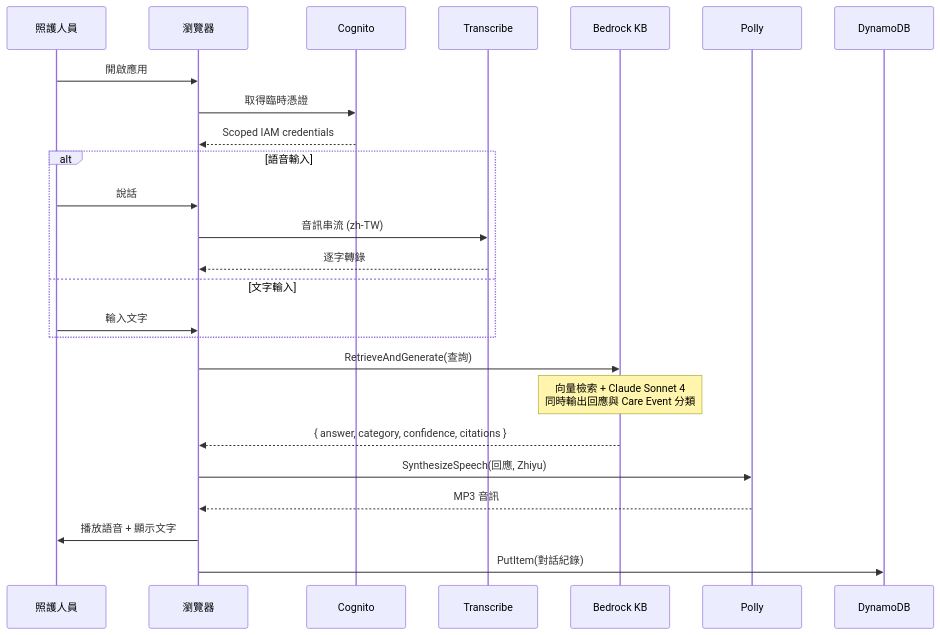
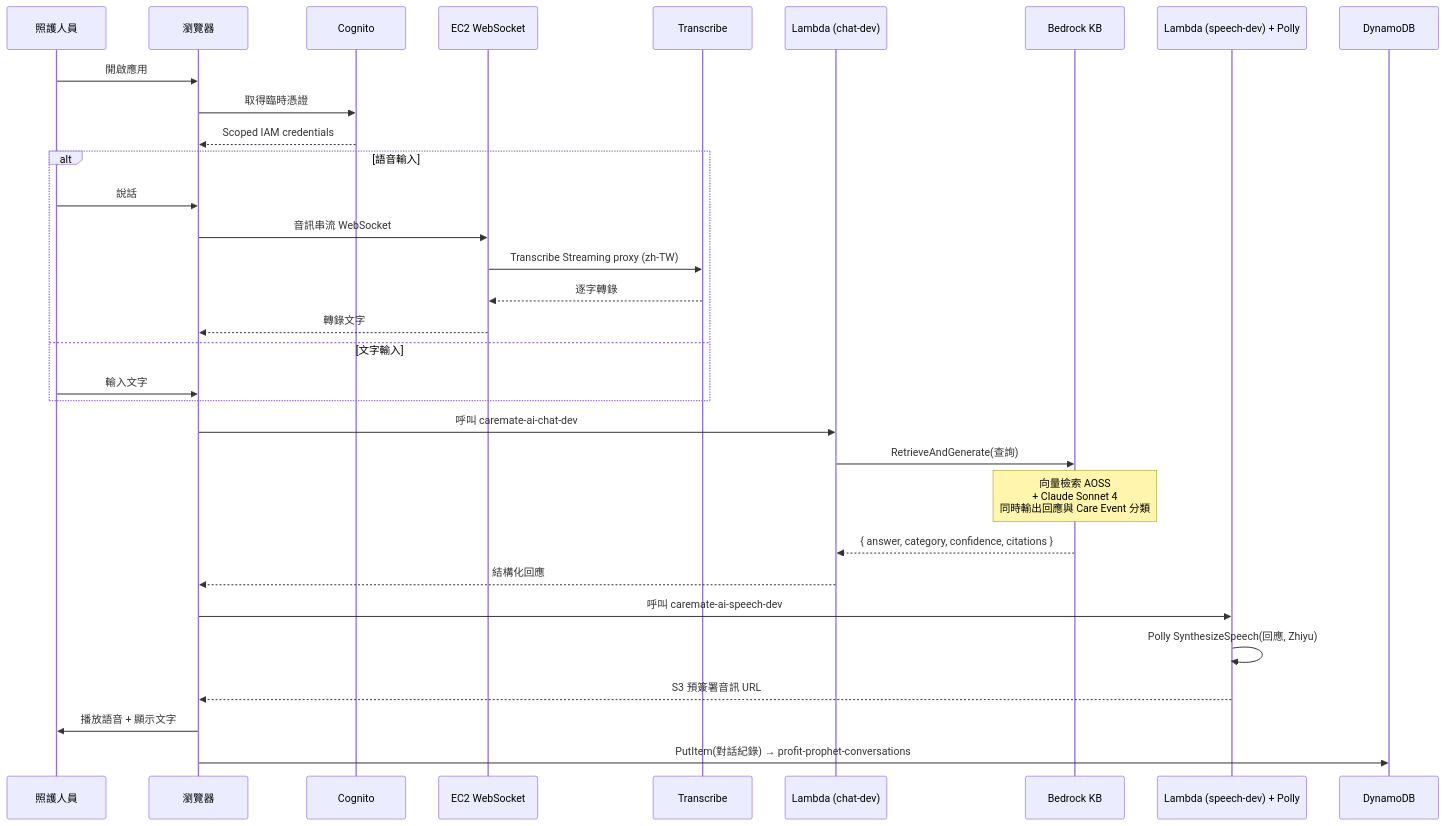
The second of 3 diagrams in docs/architecture.md (linjinhsien/Profit-Prophet), drawn with Mermaid before and after one commit. The commit also changed other lines of this file and 4 other files, not shown here.

First line of the commit message:
docs: comprehensive update — git history, architecture corrections, CloudTrail audit

````diff
--- a/docs/architecture.md
+++ b/docs/architecture.md
@@ -70,32 +188,39 @@
 ```mermaid
 sequenceDiagram
     participant C as 照護人員
     participant B as 瀏覽器
     participant COG as Cognito
+    participant EC2 as EC2 WebSocket
     participant T as Transcribe
+    participant L as Lambda (chat-dev)
     participant BR as Bedrock KB
-    participant P as Polly
+    participant P as Lambda (speech-dev) + Polly
     participant D as DynamoDB
 
     C->>B: 開啟應用
     B->>COG: 取得臨時憑證
     COG-->>B: Scoped IAM credentials
 
     alt 語音輸入
         C->>B: 說話
-        B->>T: 音訊串流 (zh-TW)
-        T-->>B: 逐字轉錄
+        B->>EC2: 音訊串流 WebSocket
+        EC2->>T: Transcribe Streaming proxy (zh-TW)
+        T-->>EC2: 逐字轉錄
+        EC2-->>B: 轉錄文字
     else 文字輸入
         C->>B: 輸入文字
     end
 
-    B->>BR: RetrieveAndGenerate(查詢)
-    Note over BR: 向量檢索 + Claude Sonnet 4<br/>同時輸出回應與 Care Event 分類
-    BR-->>B: { answer, category, confidence, citations }
+    B->>L: 呼叫 caremate-ai-chat-dev
+    L->>BR: RetrieveAndGenerate(查詢)
+    Note over BR: 向量檢索 AOSS<br/>+ Claude Sonnet 4<br/>同時輸出回應與 Care Event 分類
+    BR-->>L: { answer, category, confidence, citations }
+    L-->>B: 結構化回應
 
-    B->>P: SynthesizeSpeech(回應, Zhiyu)
-    P-->>B: MP3 音訊
+    B->>P: 呼叫 caremate-ai-speech-dev
+    P->>P: Polly SynthesizeSpeech(回應, Zhiyu)
+    P-->>B: S3 預簽署音訊 URL
     B->>C: 播放語音 + 顯示文字
 
-    B->>D: PutItem(對話紀錄)
+    B->>D: PutItem(對話紀錄) → profit-prophet-conversations
 ```
````
